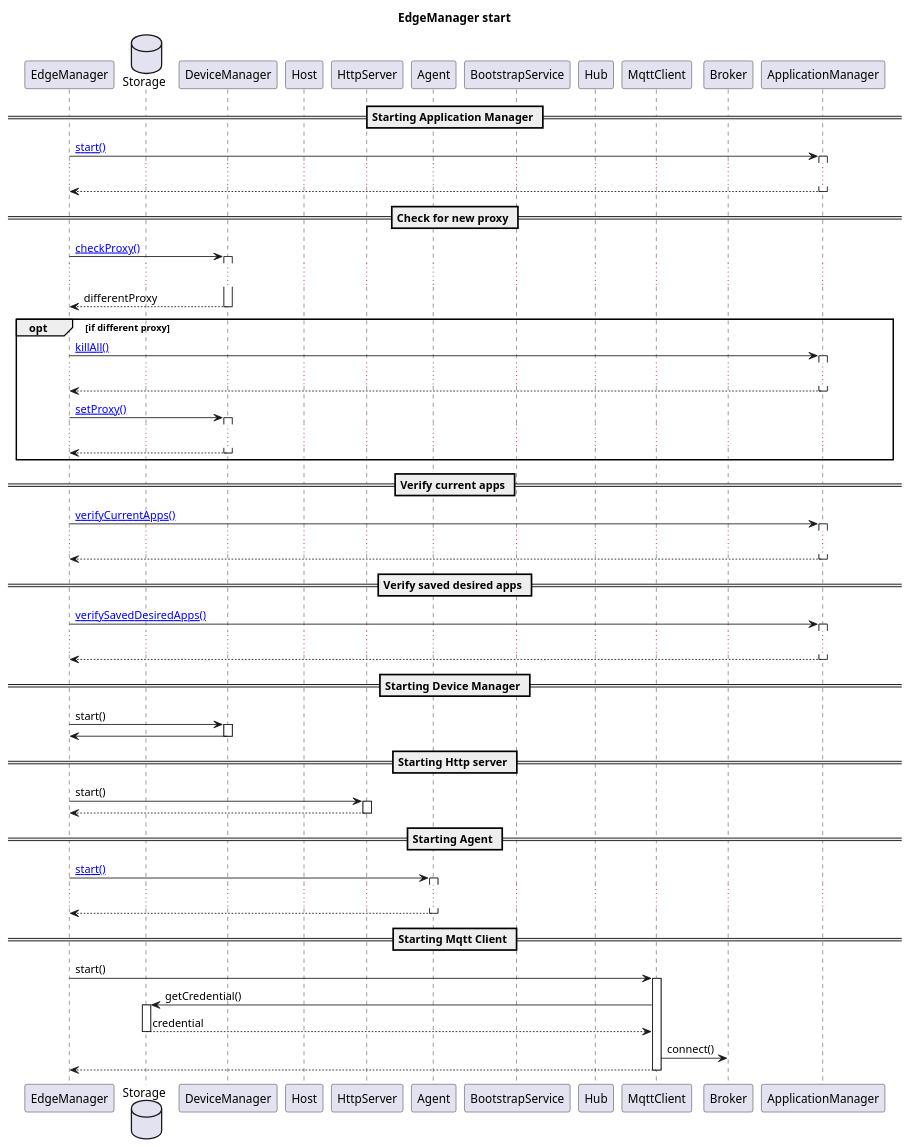
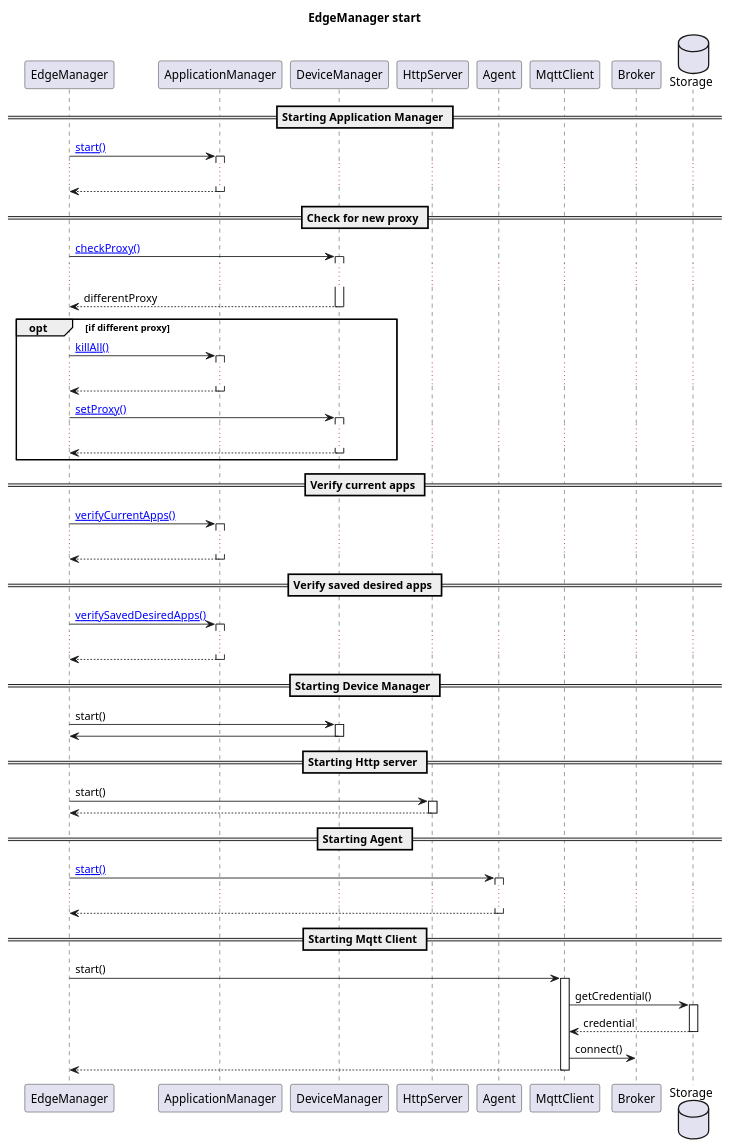
Before and after one commit to se-edge/framework-diagrams: the diagram in EdgeManager/boot.puml, drawn with PlantUML. The commit also changed 19 other files, not shown here.

```diff
--- a/EdgeManager/boot.puml
+++ b/EdgeManager/boot.puml
@@ -1,72 +1,69 @@
 @startuml
 
 title "EdgeManager start"
 
 participant EdgeManager as EM
-database Storage as Stor
+participant ApplicationManager as AM
 participant DeviceManager as DM
-participant Host as Host
 participant HttpServer as Http
 participant Agent as A
-participant BootstrapService as BS
-participant Hub as Hub
 participant MqttClient as Mqtt
 participant Broker as Broker
-participant ApplicationManager as AM
+database Storage as Stor
 
 == Starting Application Manager ==
 
 EM->AM ++: [[http://www.plantuml.com/plantuml/proxy?cache=no&src=https://raw.githubusercontent.com/se-edge/diagrams/develop/ApplicationManager/start.puml&fmt=svg start()]]
 ...
 AM-->EM --:
 
 == Check for new proxy ==
 EM->DM ++: [[http://www.plantuml.com/plantuml/proxy?cache=no&src=https://raw.githubusercontent.com/se-edge/diagrams/develop/DeviceManager/checkProxy.puml&fmt=svg checkProxy()]]
 ...
 DM-->EM --: differentProxy
 opt if different proxy
 EM->AM ++: [[http://www.plantuml.com/plantuml/proxy?cache=no&src=https://raw.githubusercontent.com/se-edge/diagrams/develop/ApplicationManager/killAll.puml&fmt=svg killAll()]]
 ...
 AM-->EM --:
 EM->DM ++: [[http://www.plantuml.com/plantuml/proxy?cache=no&src=https://raw.githubusercontent.com/se-edge/diagrams/develop/DeviceManager/setProxy.puml&fmt=svg setProxy()]]
 ...
 DM-->EM --:
 end
 
 == Verify current apps ==
 
 EM->AM ++: [[http://www.plantuml.com/plantuml/proxy?cache=no&src=https://raw.githubusercontent.com/se-edge/diagrams/develop/ApplicationManager/verifyCurrentApps.puml&fmt=svg verifyCurrentApps()]]
 ...
 AM-->EM --:
 
 == Verify saved desired apps ==
 
 EM->AM ++: [[http://www.plantuml.com/plantuml/proxy?cache=no&src=https://raw.githubusercontent.com/se-edge/diagrams/develop/ApplicationManager/verifySavedDesiredApps.puml&fmt=svg verifySavedDesiredApps()]]
 ...
 AM-->EM --:
 
 == Starting Device Manager ==
 
 EM->DM ++: start()
 DM->EM --:
 
 == Starting Http server ==
 
 EM->Http ++: start()
 Http-->EM --:
 
 == Starting Agent ==
 
 EM->A ++: [[http://www.plantuml.com/plantuml/proxy?cache=no&src=https://raw.githubusercontent.com/se-edge/diagrams/develop/Agent/start.puml&fmt=svg start()]]
 ...
 A-->EM --:
 
 == Starting Mqtt Client ==
 
 EM->Mqtt ++: start()
 Mqtt->Stor ++: getCredential()
 Stor-->Mqtt --: credential
 Mqtt->Broker: connect()
 Mqtt-->EM --:
 
 @enduml
```
